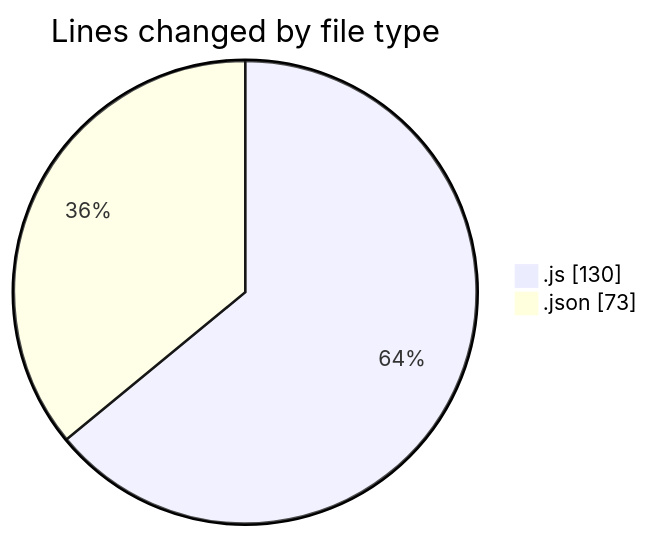
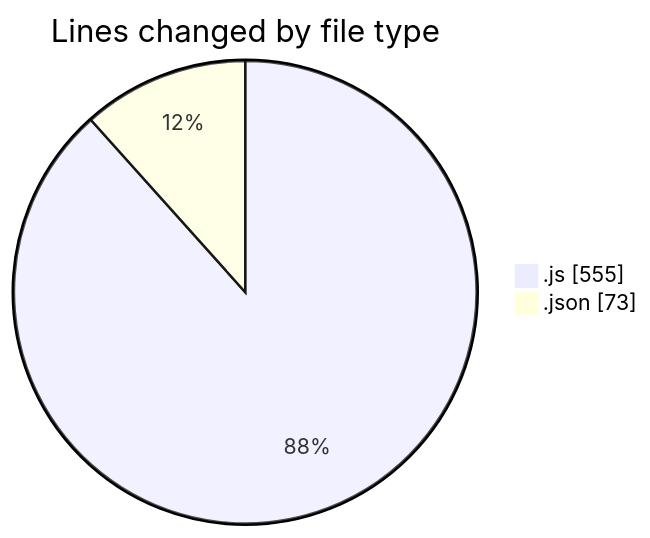
The first of 2 diagrams in 2026-03-23/cda/README.md (momahboobian/code-tracking), drawn with Mermaid before and after one commit. The commit also changed other lines of this file and 1 other file, not shown here.

````diff
--- a/2026-03-23/cda/README.md
+++ b/2026-03-23/cda/README.md
@@ -21,6 +22,6 @@
 ```mermaid
 pie showData
 title Lines changed by file type
-".js" : 130
+".js" : 555
 ".json" : 73
 ```
````
